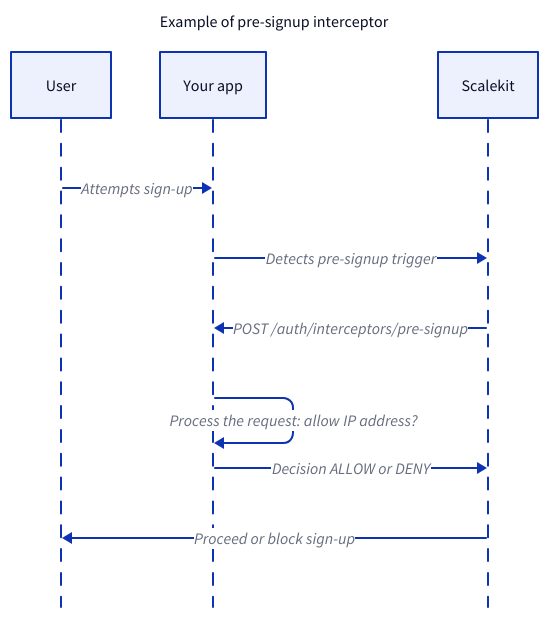
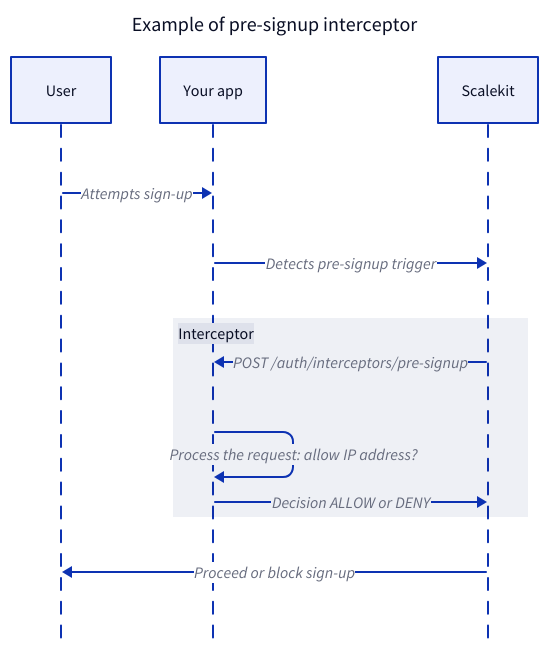
The diagram in src/content/docs/guides/auth-flow-interceptors.mdx (scalekit-inc/developer-docs), drawn with D2 before and after one commit. The commit also changed other lines of this file and 1 other file, not shown here.

First line of the commit message:
chore: update SVG diagram for pre-signup interceptor

````diff
--- a/src/content/docs/guides/auth-flow-interceptors.mdx
+++ b/src/content/docs/guides/auth-flow-interceptors.mdx
@@ -34,20 +33,19 @@
-```d2
+```d2 pad=50
 title: "Example of pre-signup interceptor " {
   near: top-center
   shape: text
-  style.font-size: 16
+  style.font-size: 20
 }
 
 shape: sequence_diagram
 
 User -> Your app: Attempts sign-up
 Your app -> Scalekit: Detects pre-signup trigger
+Interceptor: {
 Scalekit -> Your app: POST /auth/interceptors/pre-signup
 Your app -> Your app: Process the request: allow IP address?
 Your app -> Scalekit: Decision ALLOW or DENY
+}
 Scalekit -> User: Proceed or block sign-up
 
-style: {
-  font-size: 14
-}
 ```
````
